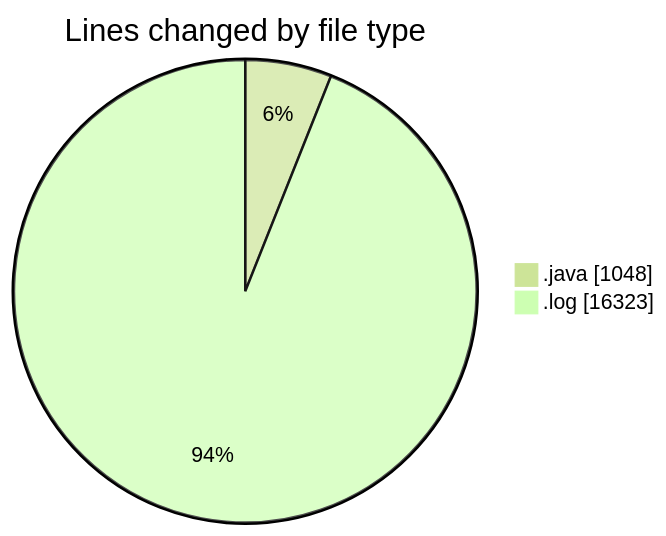
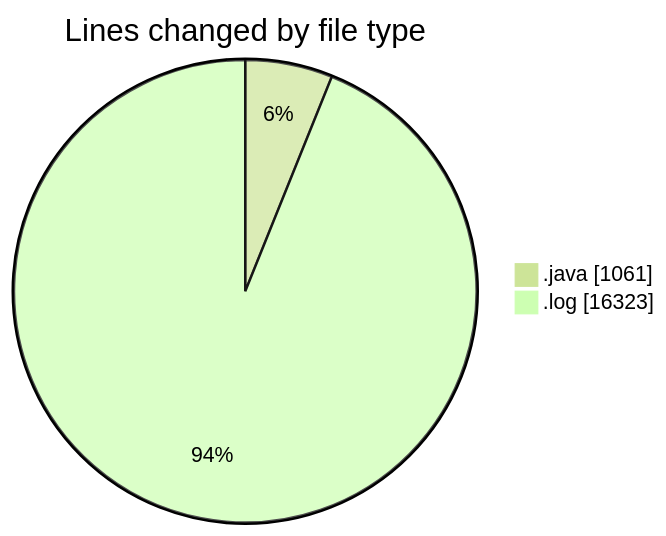
Before and after one commit to ricardozamudiocil/code-tracking: the first of 2 diagrams in 2026-04-07/cilapp/README.md, drawn with Mermaid (forest theme). The commit also changed other lines of this file and 1 other file, not shown here.

````diff
--- a/2026-04-07/cilapp/README.md
+++ b/2026-04-07/cilapp/README.md
@@ -23,6 +23,6 @@
 ```mermaid
 pie showData
 title Lines changed by file type
-".java" : 1048
+".java" : 1061
 ".log" : 16323
 ```
````
